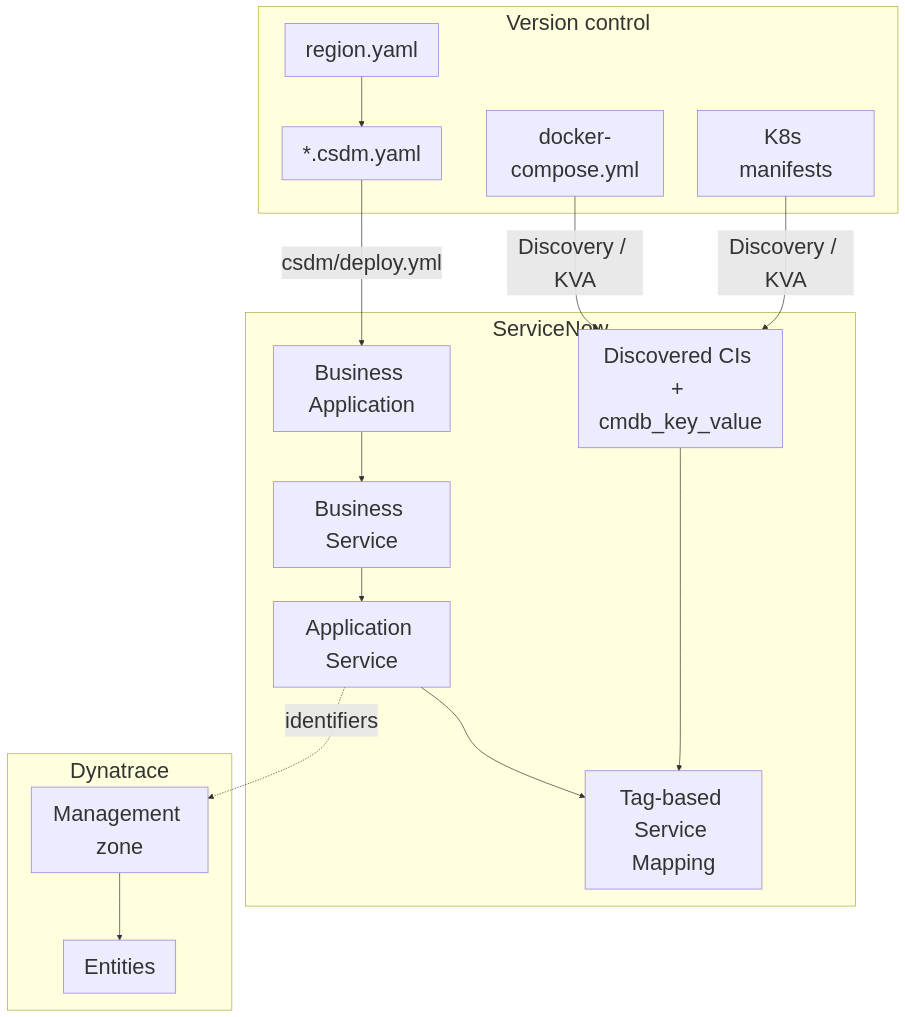
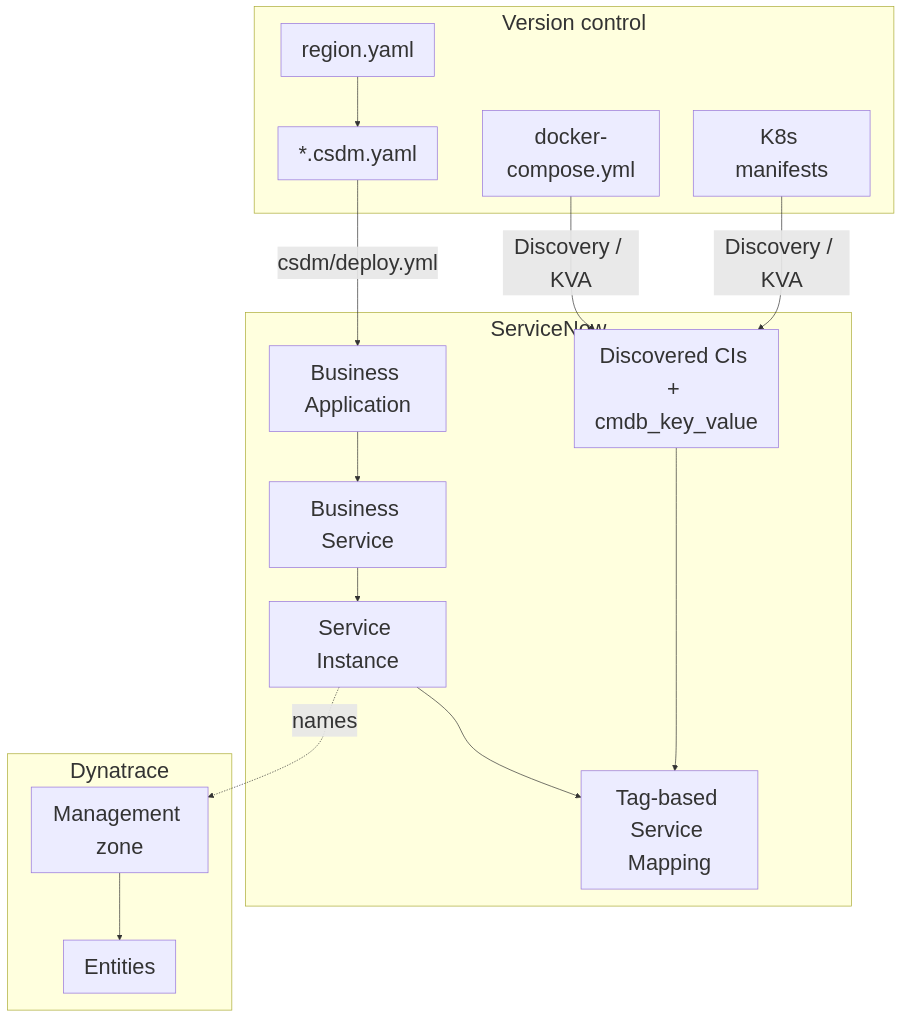
One commit to gxbrooks/spark-observability changed the diagram in servicenow/docs/DT_SN_Specification_Guide.md. Above: the diagram before and after it, drawn with Mermaid. The commit also changed other lines of this file and 63 other files, not shown here.

````diff
--- a/servicenow/docs/DT_SN_Specification_Guide.md
+++ b/servicenow/docs/DT_SN_Specification_Guide.md
@@ -23,30 +23,30 @@
 ```mermaid
 %%{init: {'themeVariables': {'fontSize': '32px', 'fontFamily': 'arial'}}}%%
 flowchart TB
   subgraph Spec["Version control"]
     CSDM["*.csdm.yaml"]
     Region["region.yaml"]
     Compose["docker-compose.yml"]
     K8s["K8s manifests"]
   end
   subgraph SN["ServiceNow"]
     BA["Business Application"]
     BS["Business Service"]
-    AS["Application Service"]
+    AS["Service Instance"]
     CI["Discovered CIs + cmdb_key_value"]
     SM["Tag-based Service Mapping"]
     BA --> BS --> AS
     AS --> SM
     CI --> SM
   end
   subgraph DT["Dynatrace"]
     MZ["Management zone"]
     Ent["Entities"]
     MZ --> Ent
   end
   CSDM -->|csdm/deploy.yml| BA
   Compose -->|Discovery / KVA| CI
   K8s -->|Discovery / KVA| CI
-  AS -.->|identifiers| MZ
+  AS -.->|names| MZ
   Region --> CSDM
 ```
````
